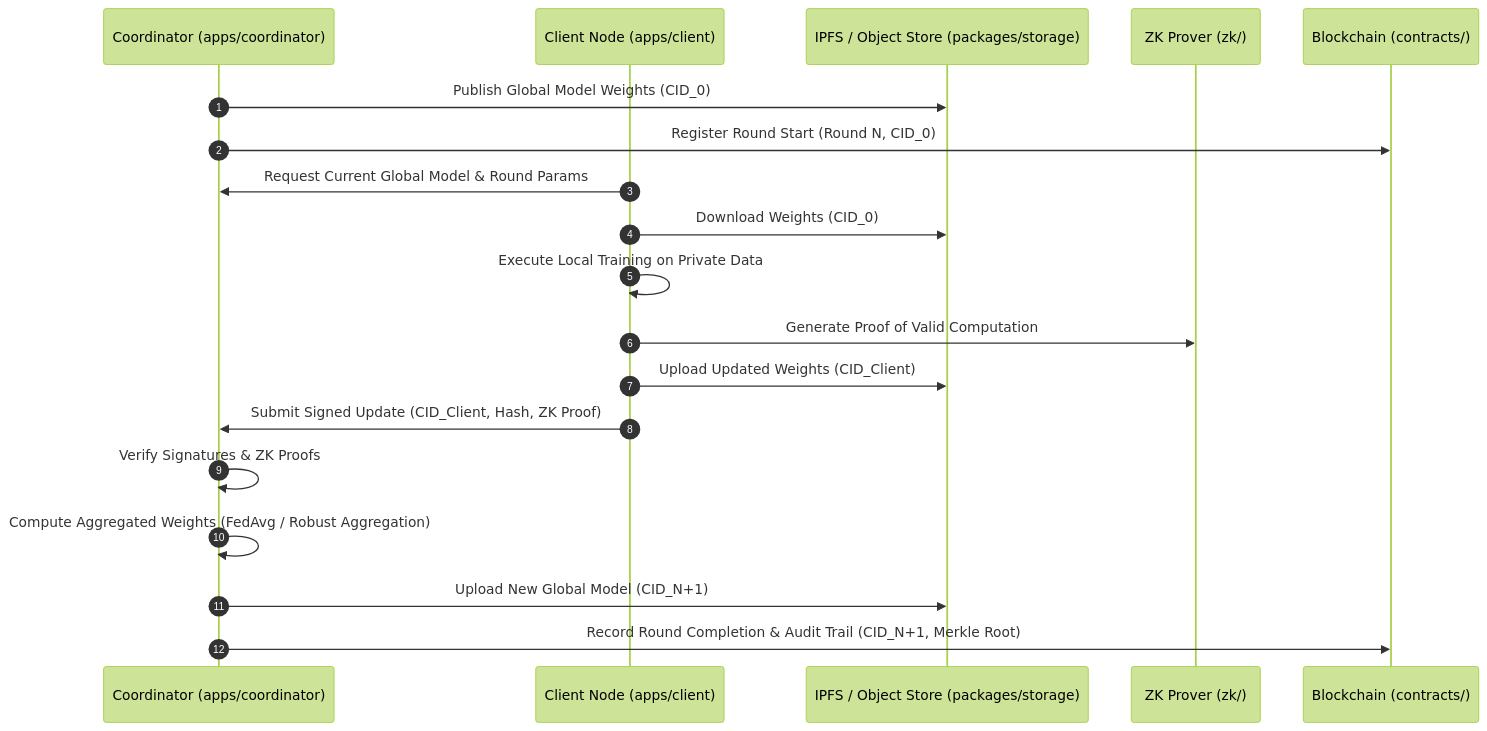
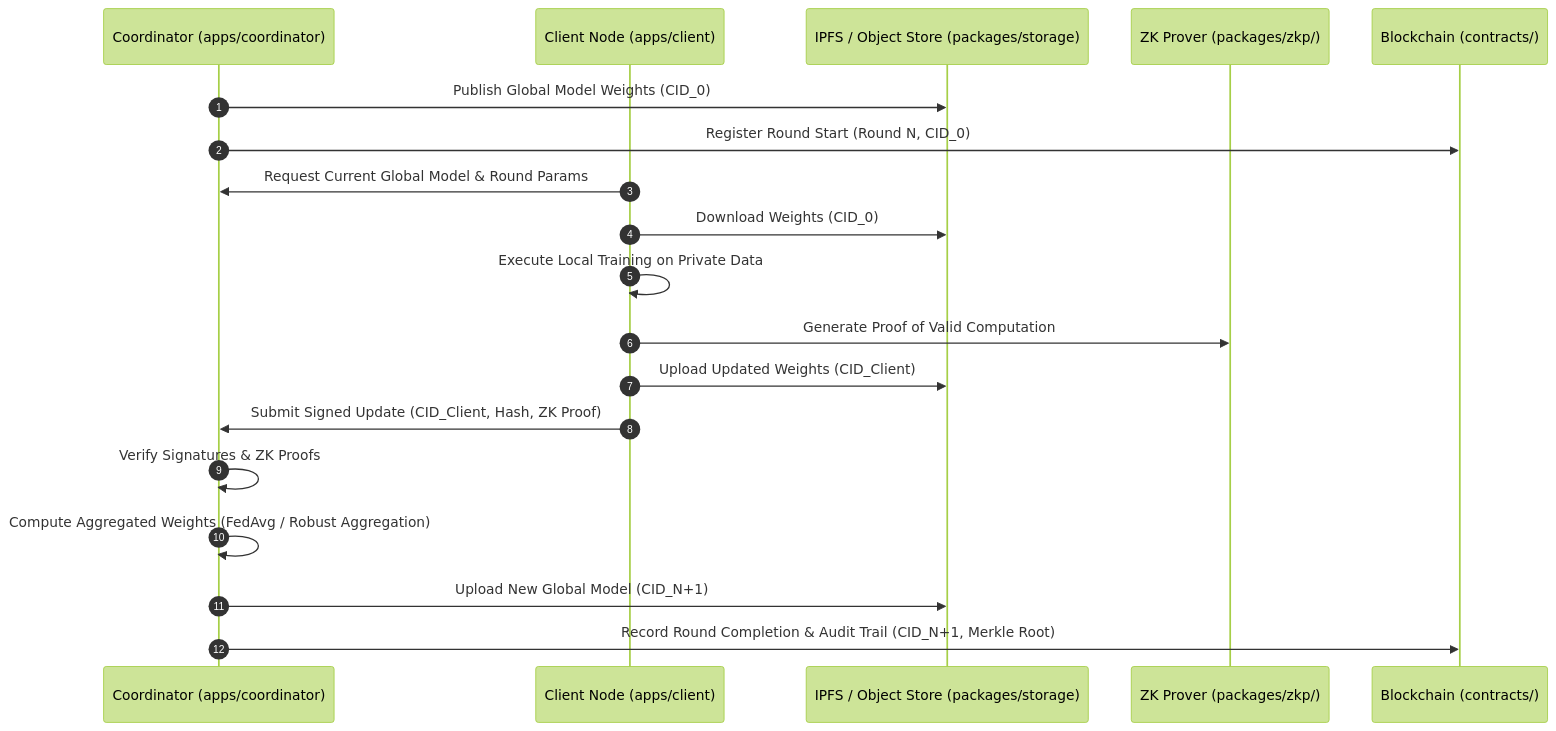
The diagram in docs/ARCHITECTURE.md (FL-Blockchain-Project-Major/trustfl), drawn with Mermaid (forest theme) before and after one commit. The commit also changed other lines of this file and 31 other files, not shown here.

````diff
--- a/docs/ARCHITECTURE.md
+++ b/docs/ARCHITECTURE.md
@@ -56,22 +56,22 @@
 ```mermaid
 sequenceDiagram
     autonumber
     participant Coord as Coordinator (apps/coordinator)
     participant Client as Client Node (apps/client)
     participant Storage as IPFS / Object Store (packages/storage)
-    participant ZK as ZK Prover (zk/)
+    participant ZK as ZK Prover (packages/zkp/)
     participant Chain as Blockchain (contracts/)
 
     Coord->>Storage: Publish Global Model Weights (CID_0)
     Coord->>Chain: Register Round Start (Round N, CID_0)
     Client->>Coord: Request Current Global Model & Round Params
     Client->>Storage: Download Weights (CID_0)
     Client->>Client: Execute Local Training on Private Data
     Client->>ZK: Generate Proof of Valid Computation
     Client->>Storage: Upload Updated Weights (CID_Client)
     Client->>Coord: Submit Signed Update (CID_Client, Hash, ZK Proof)
     Coord->>Coord: Verify Signatures & ZK Proofs
     Coord->>Coord: Compute Aggregated Weights (FedAvg / Robust Aggregation)
     Coord->>Storage: Upload New Global Model (CID_N+1)
     Coord->>Chain: Record Round Completion & Audit Trail (CID_N+1, Merkle Root)
 ```
````
